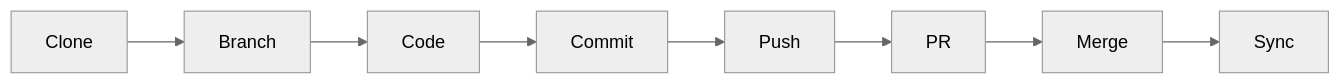
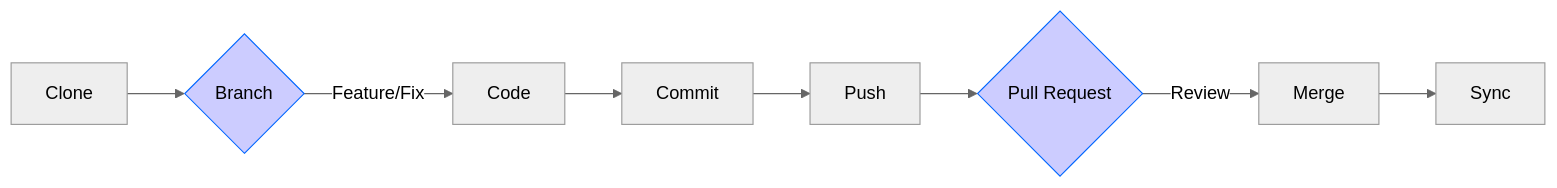
The first of 2 diagrams in git/chapter_00006.md (squared-studio/SkillVerse), drawn with Mermaid (neutral theme) before and after one commit. The commit also changed other lines of this file and 6 other files, not shown here.

````diff
--- a/git/chapter_00006.md
+++ b/git/chapter_00006.md
@@ -6,10 +11,12 @@
 ```mermaid
 flowchart LR
-    A[Clone] --> B[Branch]
-    B --> C[Code]
+    A[Clone] --> B{Branch}
+    B -- Feature/Fix --> C[Code]
     C --> D[Commit]
     D --> E[Push]
-    E --> F[PR]
-    F --> G[Merge]
+    E --> F{Pull Request}
+    F -- Review --> G[Merge]
     G --> H[Sync]
+    style B fill:#ccf,stroke:#06f
+    style F fill:#ccf,stroke:#06f
 ```
````
